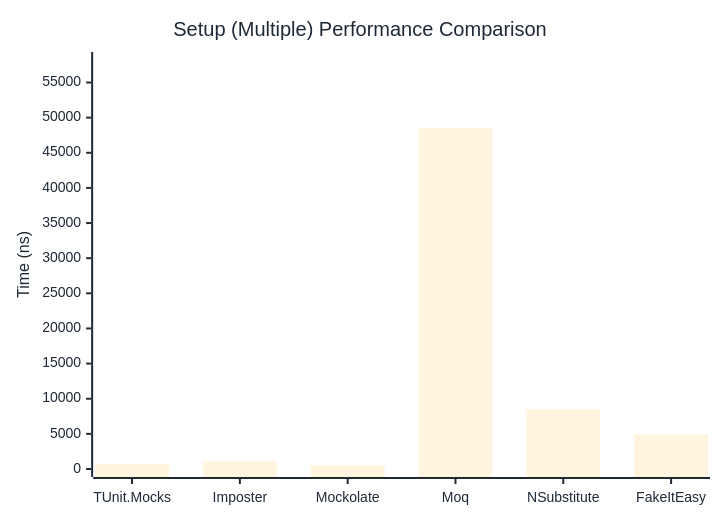
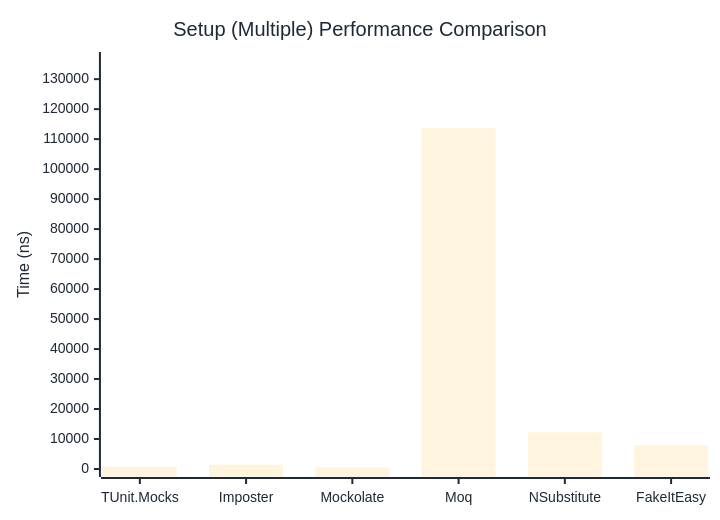
One commit to thomhurst/TUnit changed the second of 2 diagrams in docs/docs/benchmarks/mocks/Setup.md. Above: the diagram before and after it, drawn with Mermaid. The commit also changed other lines of this file and 14 other files, not shown here.

````diff
--- a/docs/docs/benchmarks/mocks/Setup.md
+++ b/docs/docs/benchmarks/mocks/Setup.md
@@ -71,27 +71,27 @@
 ```mermaid
 %%{init: {
   'theme':'base',
   'themeVariables': {
     'primaryColor': '#2563eb',
     'primaryTextColor': '#1f2937',
     'primaryBorderColor': '#1e40af',
     'lineColor': '#6b7280',
     'secondaryColor': '#7c3aed',
     'tertiaryColor': '#dc2626',
     'background': '#ffffff',
     'pie1': '#2563eb',
     'pie2': '#7c3aed',
     'pie3': '#dc2626',
     'pie4': '#f59e0b',
     'pie5': '#10b981',
     'pie6': '#06b6d4',
     'pie7': '#ec4899',
     'pie8': '#6366f1'
   }
 }}%%
 xychart-beta
   title "Setup (Multiple) Performance Comparison"
   x-axis ["TUnit.Mocks", "Imposter", "Mockolate", "Moq", "NSubstitute", "FakeItEasy"]
-  y-axis "Time (ns)" 0 --> 58202
-  bar [722.1, 1174.1, 496.6, 48501.5, 8482.3, 4910.6]
+  y-axis "Time (ns)" 0 --> 136384
+  bar [760.8, 1431.4, 539.6, 113653.2, 12227.8, 7949.7]
 ```
````
